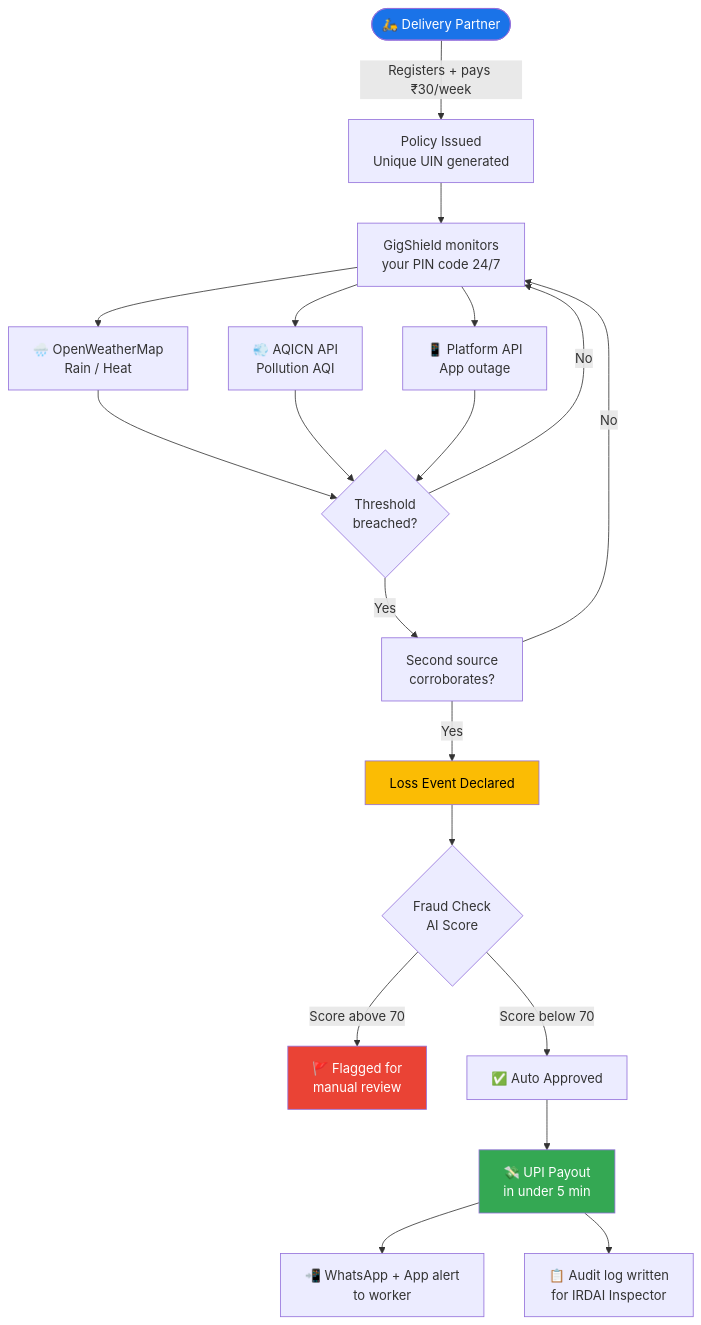
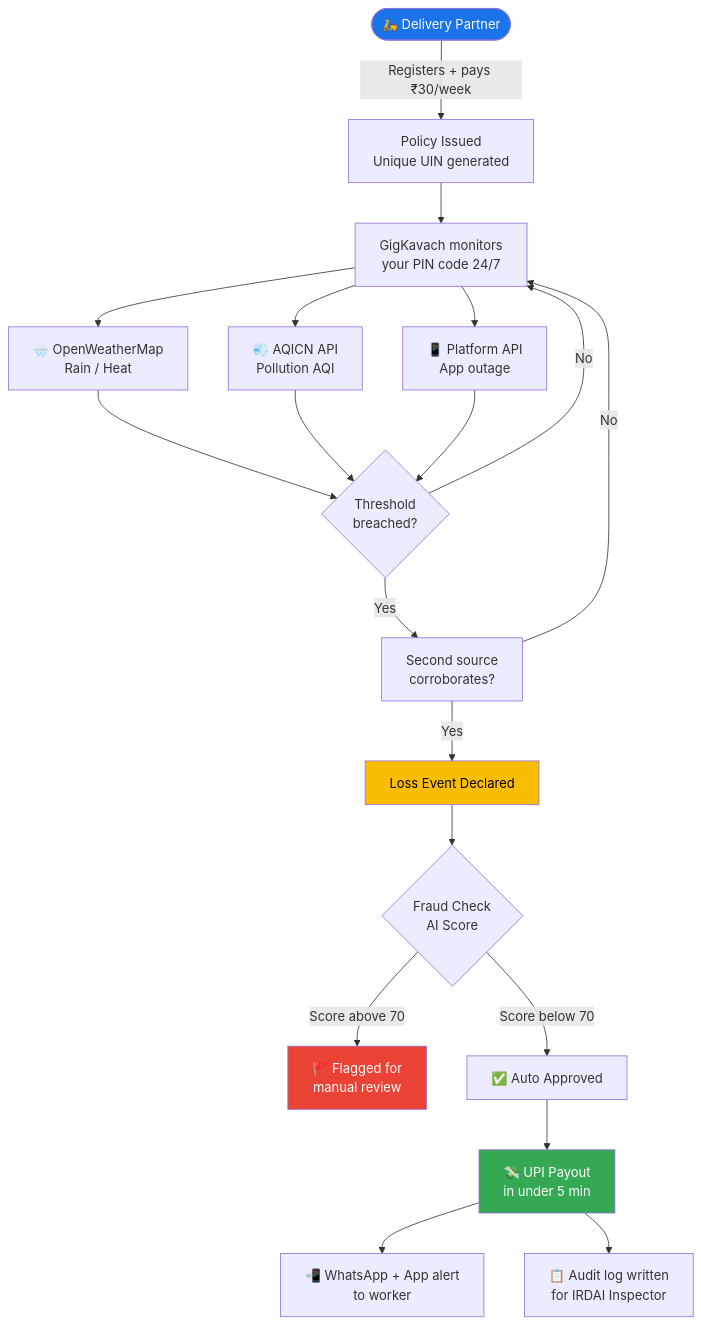
One commit to Ankita562/gigshield changed the first of 4 diagrams in README.md. Above: the diagram before and after it, drawn with Mermaid. The commit also changed other lines of this file and 18 other files, not shown here.

````diff
--- a/README.md
+++ b/README.md
@@ -27,28 +27,28 @@
 ```mermaid
 flowchart TD
     A([🛵 Delivery Partner]) -->|Registers + pays ₹30/week| B[Policy Issued\nUnique UIN generated]
-    B --> C[GigShield monitors\nyour PIN code 24/7]
+    B --> C[GigKavach monitors\nyour PIN code 24/7]
 
     C --> D1[🌧️ OpenWeatherMap\nRain / Heat]
     C --> D2[💨 AQICN API\nPollution AQI]
     C --> D3[📱 Platform API\nApp outage]
 
     D1 & D2 & D3 --> E{Threshold\nbreached?}
     E -- No --> C
     E -- Yes --> F[Second source\ncorroborates?]
     F -- No --> C
     F -- Yes --> G[Loss Event Declared]
 
     G --> H{Fraud Check\nAI Score}
     H -- Score above 70 --> I[🚩 Flagged for\nmanual review]
     H -- Score below 70 --> J[✅ Auto Approved]
 
     J --> K[💸 UPI Payout\nin under 5 min]
     K --> L[📲 WhatsApp + App alert\nto worker]
     K --> M[📋 Audit log written\nfor IRDAI Inspector]
 
     style A fill:#1a73e8,color:#fff
     style K fill:#34a853,color:#fff
     style I fill:#ea4335,color:#fff
     style G fill:#fbbc04,color:#000
 ```
````
